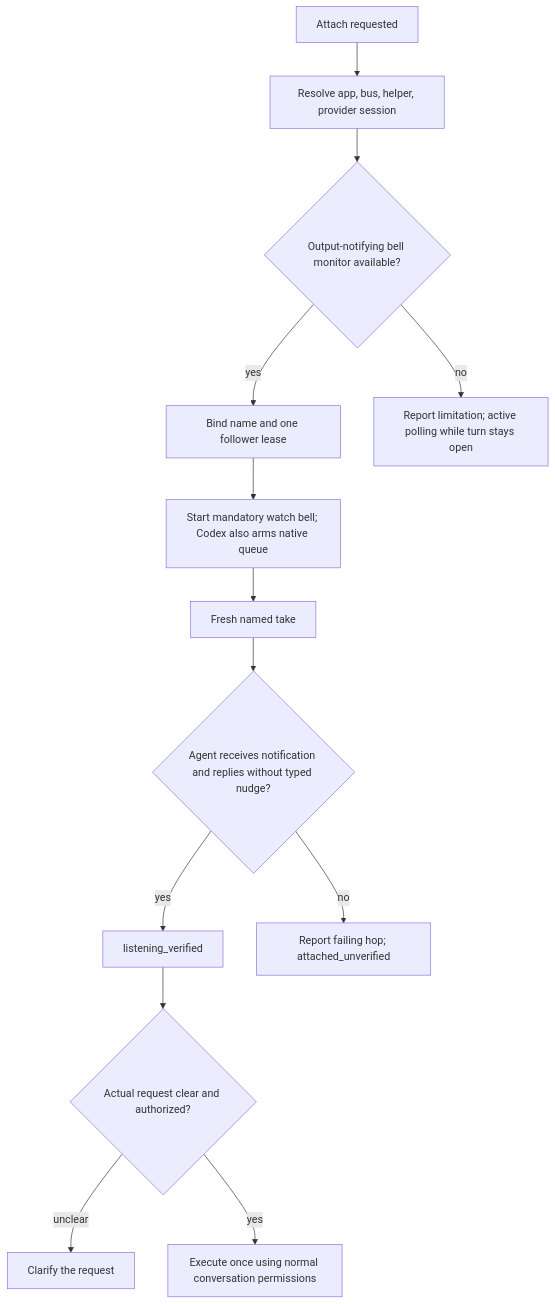
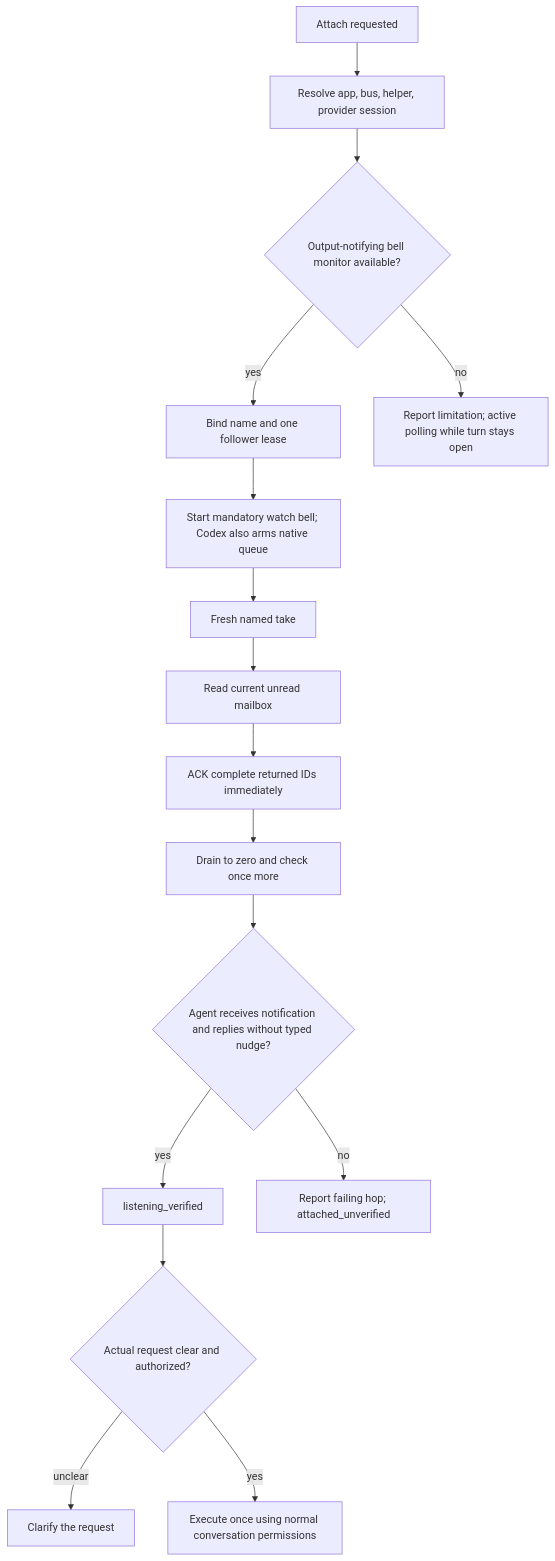
Before and after one commit to vetcoders/codescribe: the diagram in skills/codescribe/FLOW.md, drawn with Mermaid. The commit also changed other lines of this file and 283 other files, not shown here.

````diff
--- a/skills/codescribe/FLOW.md
+++ b/skills/codescribe/FLOW.md
@@ -5,15 +5,19 @@
 ```mermaid
 flowchart TD
     A[Attach requested] --> B[Resolve app, bus, helper, provider session]
     B --> C{Output-notifying bell monitor available?}
     C -->|yes| D[Bind name and one follower lease]
     C -->|no| E[Report limitation; active polling while turn stays open]
     D --> M[Start mandatory watch bell; Codex also arms native queue]
     M --> F[Fresh named take]
-    F --> G{Agent receives notification and replies without typed nudge?}
+    G{Agent receives notification and replies without typed nudge?}
     G -->|yes| H[listening_verified]
     G -->|no| I[Report failing hop; attached_unverified]
+    F --> R[Read current unread mailbox]
+    R --> K1[ACK complete returned IDs immediately]
+    K1 --> R2[Drain to zero and check once more]
+    R2 --> G
     H --> J{Actual request clear and authorized?}
     J -->|unclear| K[Clarify the request]
     J -->|yes| L[Execute once using normal conversation permissions]
 ```
````
